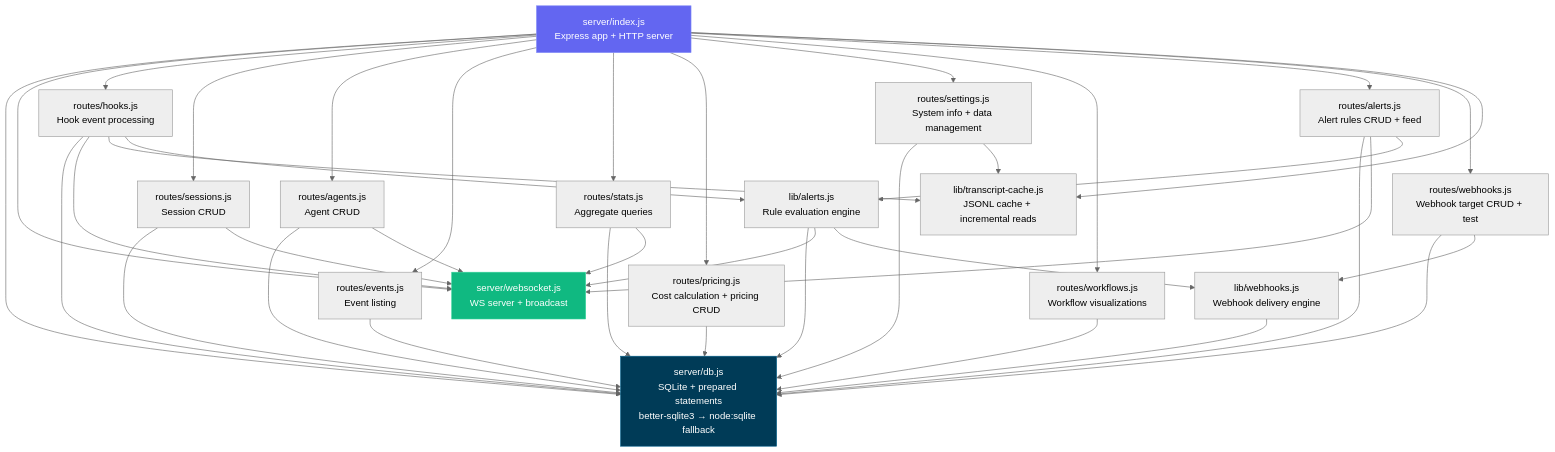
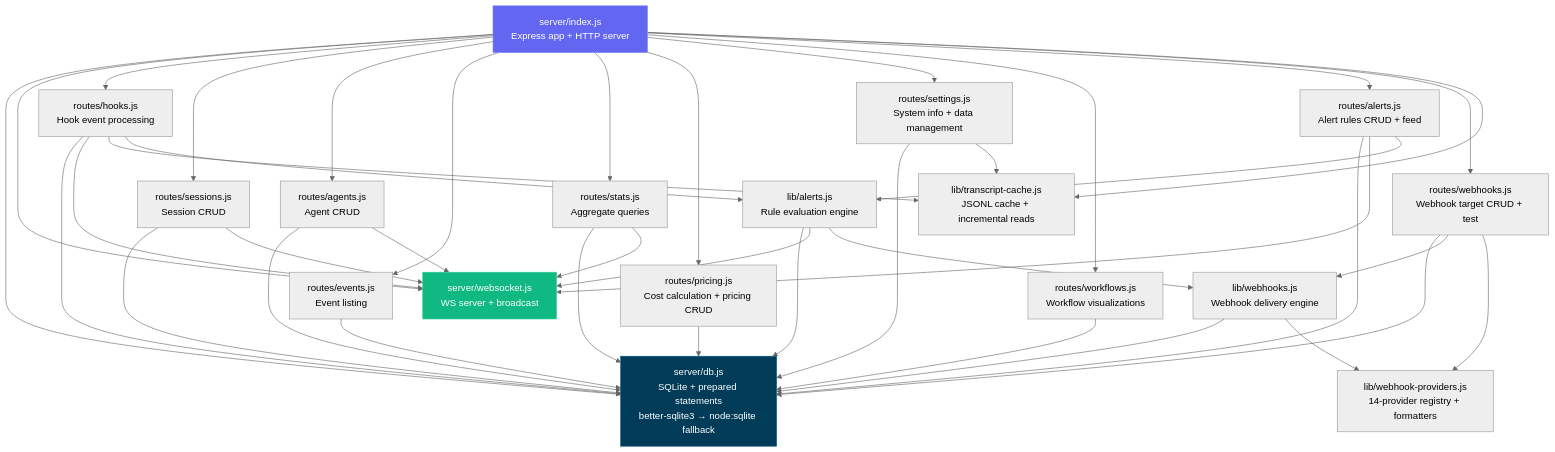
The fifth of 48 diagrams in ARCHITECTURE.md (cegomez-gr/Claude-Code-Agent-Monitor), drawn with Mermaid (neutral theme) before and after one commit. The commit also changed other lines of this file and 13 other files, not shown here.

First line of the commit message:
feat(webhooks): first-class support for 14 providers via a provider registry

````diff
--- a/ARCHITECTURE.md
+++ b/ARCHITECTURE.md
@@ -282,43 +282,44 @@
 ```mermaid
 graph TD
     INDEX[server/index.js<br/>Express app + HTTP server]
     DB[server/db.js<br/>SQLite + prepared statements<br/>better-sqlite3 → node:sqlite fallback]
     WS[server/websocket.js<br/>WS server + broadcast]
     HOOKS[routes/hooks.js<br/>Hook event processing]
     TC[lib/transcript-cache.js<br/>JSONL cache + incremental reads]
     SESSIONS[routes/sessions.js<br/>Session CRUD]
     AGENTS[routes/agents.js<br/>Agent CRUD]
     EVENTS[routes/events.js<br/>Event listing]
     STATS[routes/stats.js<br/>Aggregate queries]
     PRICING[routes/pricing.js<br/>Cost calculation + pricing CRUD]
     SETTINGS[routes/settings.js<br/>System info + data management]
     WORKFLOWS[routes/workflows.js<br/>Workflow visualizations]
     ALERTSR[routes/alerts.js<br/>Alert rules CRUD + feed]
     ALERTS[lib/alerts.js<br/>Rule evaluation engine]
     WEBHOOKSR[routes/webhooks.js<br/>Webhook target CRUD + test]
     WEBHOOKS[lib/webhooks.js<br/>Webhook delivery engine]
+    WEBHOOKPROV[lib/webhook-providers.js<br/>14-provider registry + formatters]
 
     INDEX --> DB
     INDEX --> WS
     INDEX --> HOOKS & SESSIONS & AGENTS & EVENTS & STATS & PRICING & SETTINGS & WORKFLOWS & ALERTSR & WEBHOOKSR
 
     HOOKS --> DB & WS & TC
     HOOKS --> ALERTS
     ALERTSR --> DB & WS & ALERTS
     ALERTS --> DB & WS
     ALERTS --> WEBHOOKS
-    WEBHOOKSR --> DB & WEBHOOKS
-    WEBHOOKS --> DB
+    WEBHOOKSR --> DB & WEBHOOKS & WEBHOOKPROV
+    WEBHOOKS --> DB & WEBHOOKPROV
     SETTINGS --> DB & TC
     INDEX --> TC
     SESSIONS --> DB & WS
     AGENTS --> DB & WS
     EVENTS --> DB
     STATS --> DB & WS
     PRICING --> DB
     WORKFLOWS --> DB
 
     style INDEX fill:#6366f1,stroke:#818cf8,color:#fff
     style DB fill:#003B57,stroke:#005f8a,color:#fff
     style WS fill:#10b981,stroke:#34d399,color:#fff
 ```
````
